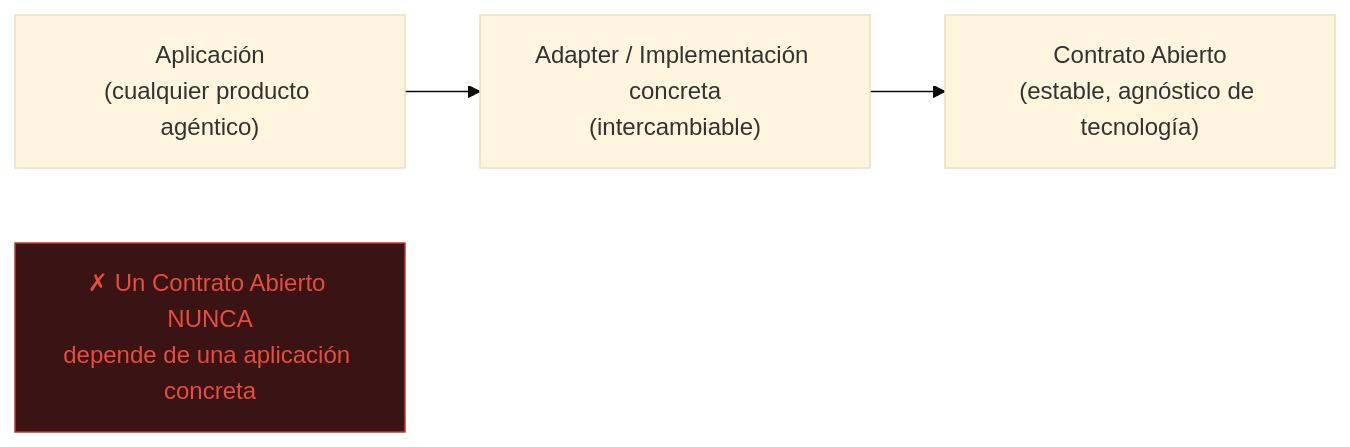
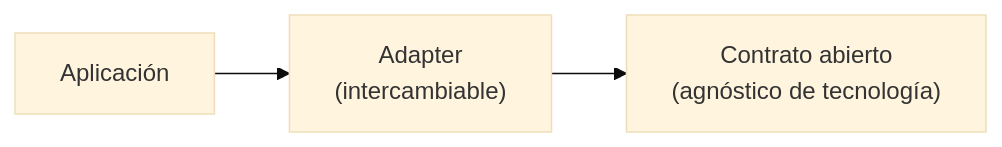
The diagram in docs/architecture/ecosystem-architecture.md (rafael-quintero-ls/nimrod-base), drawn with Mermaid (base theme) before and after one commit. The commit also changed other lines of this file and 1 other file, not shown here.

First line of the commit message:
docs(architecture): trim OSS ecosystem reference to a short note (#9)

````diff
--- a/docs/architecture/ecosystem-architecture.md
+++ b/docs/architecture/ecosystem-architecture.md
@@ -13,11 +11,4 @@
 ```mermaid
 flowchart LR
-    App["Aplicación<br/>(cualquier producto agéntico)"]
-    Adapter["Adapter / Implementación concreta<br/>(intercambiable)"]
-    Contract["Contrato Abierto<br/>(estable, agnóstico de tecnología)"]
-
-    App --> Adapter --> Contract
-
-    NoWay["✗ Un Contrato Abierto NUNCA<br/>depende de una aplicación concreta"]
-    style NoWay fill:#3a1414,stroke:#c0392b,color:#e74c3c
+    App["Aplicación"] --> Adapter["Adapter<br/>(intercambiable)"] --> Contract["Contrato abierto<br/>(agnóstico de tecnología)"]
 ```
````
